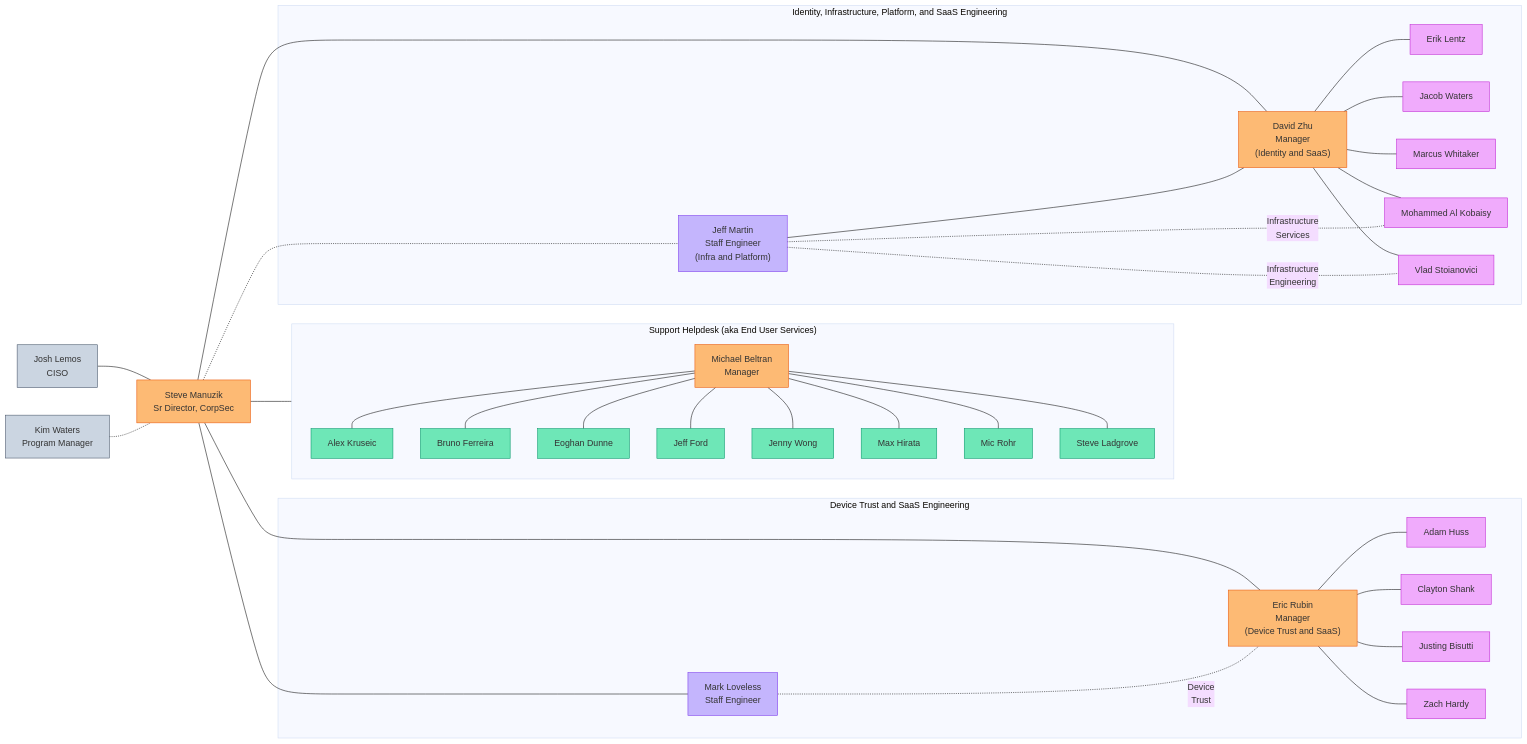
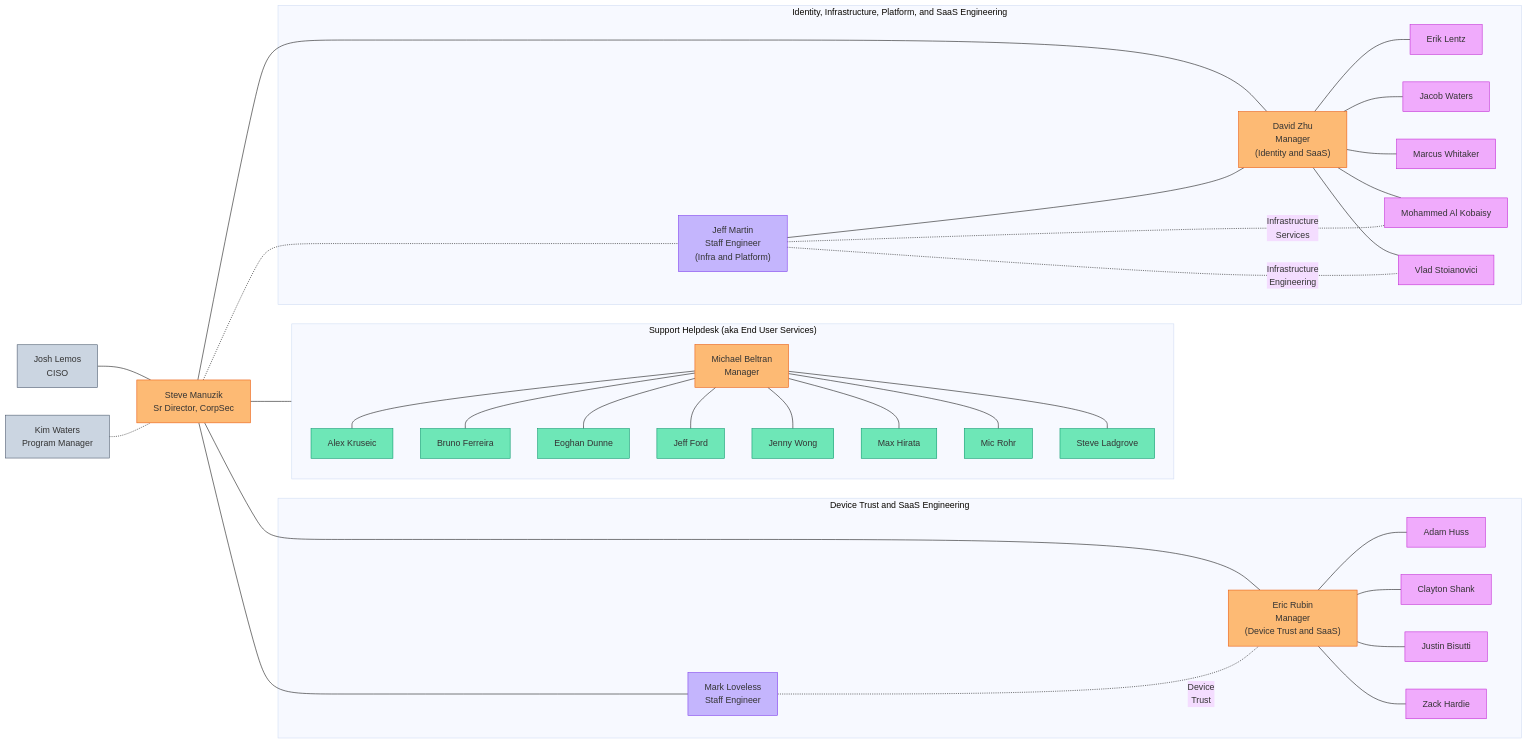
Before and after one commit to secretstartups/handbook: the second of 2 diagrams in content/handbook/security/corporate/team/_index.md, drawn with Mermaid (base theme). The commit also changed other lines of this file and 1 other file, not shown here.

````diff
--- a/content/handbook/security/corporate/team/_index.md
+++ b/content/handbook/security/corporate/team/_index.md
@@ -513,81 +532,81 @@
 ```mermaid
 graph LR
 
 JLEMOS["Josh Lemos<br>CISO"]:::slate
 KWATERS["Kim Waters<br>Program Manager"]:::slate
 SMANZUIK["Steve Manuzik<br>Sr Director, CorpSec"]:::orange
 
 subgraph "Support Helpdesk (aka End User Services)"
 direction TB
 AKRUSIEC["Alex Kruseic"]:::emerald
 BFERREIRA["Bruno Ferreira"]:::emerald
 EDUNNE["Eoghan Dunne"]:::emerald
 JFORD["Jeff Ford"]:::emerald
 JWONG["Jenny Wong"]:::emerald
 MBELTRAN["Michael Beltran<br>Manager"]:::orange
 MHIRATA["Max Hirata"]:::emerald
 MROHR["Mic Rohr"]:::emerald
 SLADGROVE["Steve Ladgrove"]:::emerald
 end
 
 subgraph "Device Trust and SaaS Engineering"
 MLOVELESS["Mark Loveless<br>Staff Engineer"]:::violet
 AHUSS["Adam Huss"]:::fuchsia
 CSHANK["Clayton Shank"]:::fuchsia
 ERUBIN["Eric Rubin<br>Manager<br>(Device Trust and SaaS)"]:::orange
-JBISUTTI["Justing Bisutti"]:::fuchsia
-ZHARDY["Zach Hardy"]:::fuchsia
+JBISUTTI["Justin Bisutti"]:::fuchsia
+ZHARDIE["Zack Hardie"]:::fuchsia
 end
 
 subgraph "Identity, Infrastructure, Platform, and SaaS Engineering"
 DZHU["David Zhu<br>Manager<br>(Identity and SaaS)"]:::orange
 ELENTZ["Erik Lentz"]:::fuchsia
 JWATERS["Jacob Waters"]:::fuchsia
 MWHITAKER["Marcus Whitaker"]:::fuchsia
 MALKOBAISY["Mohammed Al Kobaisy"]:::fuchsia
 VSTOIANOVICI["Vlad Stoianovici"]:::fuchsia
 JMARTIN["Jeff Martin<br>Staff Engineer<br>(Infra and Platform)"]:::violet
 end
 
 JLEMOS --- SMANZUIK
 SMANZUIK --- MBELTRAN
 SMANZUIK --- ERUBIN
 SMANZUIK --- DZHU
 KWATERS -.- SMANZUIK
 MLOVELESS -. Device<br>Trust .- ERUBIN
 
 MBELTRAN --- AKRUSIEC
 MBELTRAN --- BFERREIRA
 MBELTRAN --- EDUNNE
 MBELTRAN --- JFORD
 MBELTRAN --- JWONG
 MBELTRAN --- MHIRATA
 MBELTRAN --- MROHR
 MBELTRAN --- SLADGROVE
 
 ERUBIN --- AHUSS
 ERUBIN --- CSHANK
-ERUBIN --- ZHARDY
+ERUBIN --- ZHARDIE
 ERUBIN --- JBISUTTI
 
 DZHU --- JWATERS
 DZHU --- ELENTZ
 DZHU --- MWHITAKER
 DZHU --- MALKOBAISY
 DZHU --- VSTOIANOVICI
 JMARTIN --- DZHU
 SMANZUIK --- MLOVELESS
 SMANZUIK -.- JMARTIN
 JMARTIN -. Infrastructure<br>Services .- MALKOBAISY
 JMARTIN -. Infrastructure<br>Engineering .- VSTOIANOVICI
 
 classDef slate fill:#cbd5e1,stroke:#475569,stroke-width:1px;
 classDef red fill:#fca5a5,stroke:#dc2626,stroke-width:1px;
 classDef orange fill:#fdba74,stroke:#ea580c,stroke-width:1px;
 classDef yellow fill:#fcd34d,stroke:#ca8a04,stroke-width:1px;
 classDef emerald fill:#6ee7b7,stroke:#059669,stroke-width:1px;
 classDef cyan fill:#67e8f9,stroke:#0891b2,stroke-width:1px;
 classDef sky fill:#7dd3fc,stroke:#0284c7,stroke-width:1px;
 classDef violet fill:#c4b5fd,stroke:#7c3aed,stroke-width:1px;
 classDef fuchsia fill:#f0abfc,stroke:#c026d3,stroke-width:1px;
 ```
````
